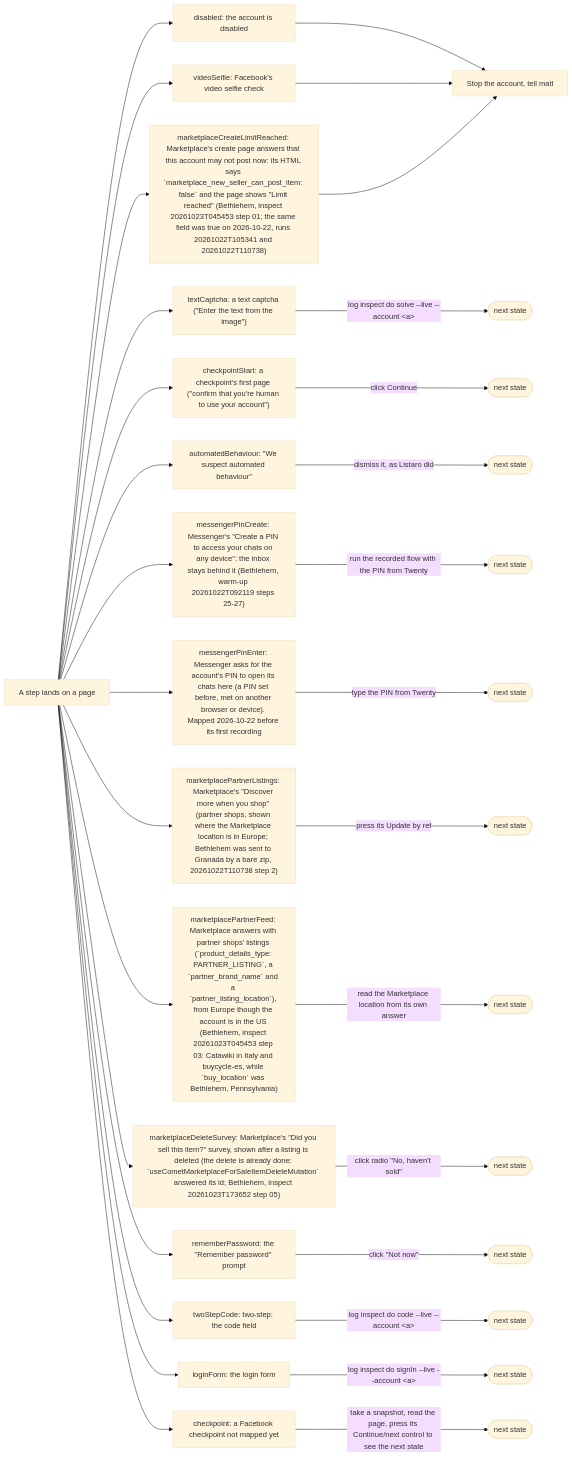
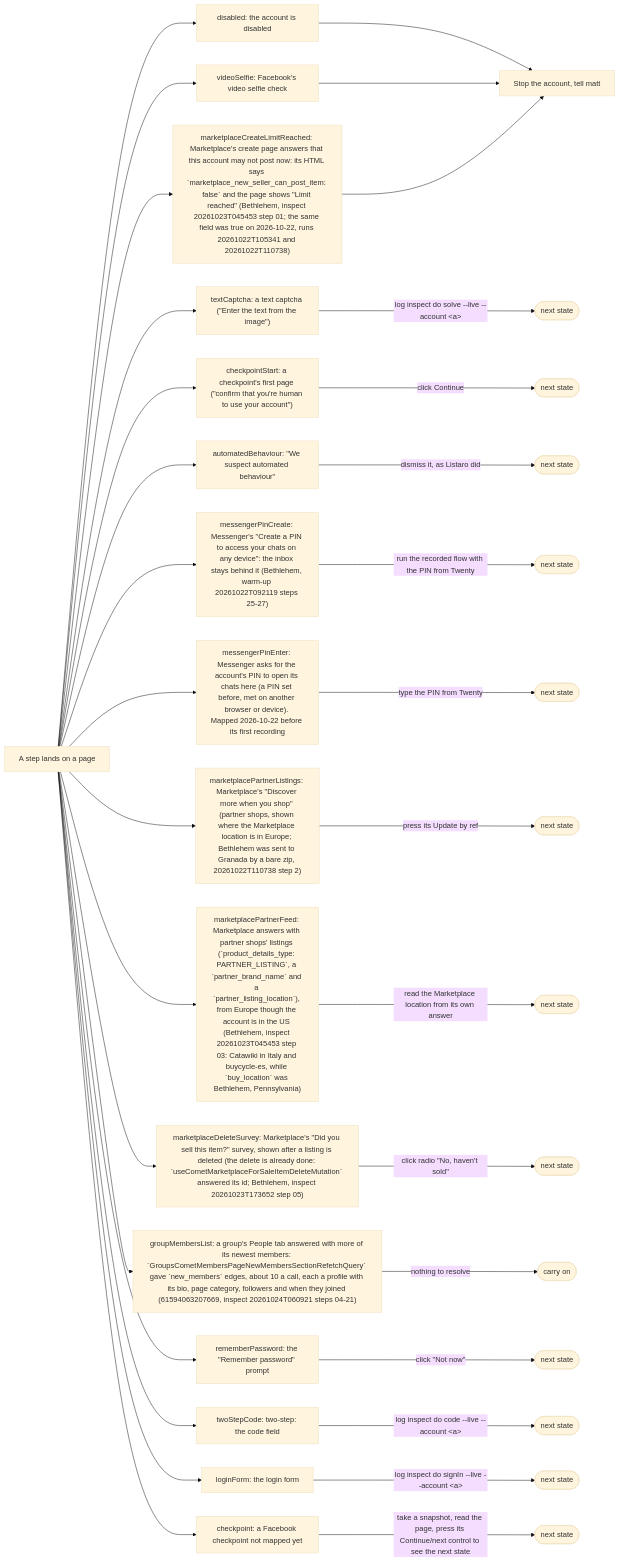
One commit to matthewdonsemail-lab/log changed the diagram in docs/diagrams/pageStates.mmd. Above: the diagram before and after it, drawn with Mermaid (base theme). The commit also changed 53 other files, not shown here.

Commit message:
feat(read): log facebook read members, the group's newest members from its People tab (rule 77)

```diff
--- a/docs/diagrams/pageStates.mmd
+++ b/docs/diagrams/pageStates.mmd
@@ -1,50 +1,53 @@
 %% Known page states (rule 54). From `PAGE_STATES` (`src/browser/flow/helpers/pageState.ts`), first match wins. The hooks report each with its resolver; only a person's state stops the account.
 %% Written by `bun run docs:build` from the code (rule 56). Not edited by hand.
 flowchart LR
   page["A step lands on a page"]
   person["Stop the account, tell matt"]
   disabled["disabled: the account is disabled"]
   page --> disabled
   disabled --> person
   videoSelfie["videoSelfie: Facebook's video selfie check"]
   page --> videoSelfie
   videoSelfie --> person
   textCaptcha["textCaptcha: a text captcha (#quot;Enter the text from the image#quot;)"]
   page --> textCaptcha
   textCaptcha -->|"log inspect do solve --live --account #lt;a#gt;"| nexttextCaptcha(["next state"])
   checkpointStart["checkpointStart: a checkpoint's first page (#quot;confirm that you're human to use your account#quot;)"]
   page --> checkpointStart
   checkpointStart -->|"click Continue"| nextcheckpointStart(["next state"])
   automatedBehaviour["automatedBehaviour: #quot;We suspect automated behaviour#quot;"]
   page --> automatedBehaviour
   automatedBehaviour -->|"dismiss it, as Listaro did"| nextautomatedBehaviour(["next state"])
   messengerPinCreate["messengerPinCreate: Messenger's #quot;Create a PIN to access your chats on any device#quot;: the inbox stays behind it (Bethlehem, warm-up 20261022T092119 steps 25-27)"]
   page --> messengerPinCreate
   messengerPinCreate -->|"run the recorded flow with the PIN from Twenty"| nextmessengerPinCreate(["next state"])
   messengerPinEnter["messengerPinEnter: Messenger asks for the account's PIN to open its chats here (a PIN set before, met on another browser or device). Mapped 2026-10-22 before its first recording"]
   page --> messengerPinEnter
   messengerPinEnter -->|"type the PIN from Twenty"| nextmessengerPinEnter(["next state"])
   marketplacePartnerListings["marketplacePartnerListings: Marketplace's #quot;Discover more when you shop#quot; (partner shops, shown where the Marketplace location is in Europe#59; Bethlehem was sent to Granada by a bare zip, 20261022T110738 step 2)"]
   page --> marketplacePartnerListings
   marketplacePartnerListings -->|"press its Update by ref"| nextmarketplacePartnerListings(["next state"])
   marketplaceCreateLimitReached["marketplaceCreateLimitReached: Marketplace's create page answers that this account may not post now: its HTML says `marketplace_new_seller_can_post_item: false` and the page shows #quot;Limit reached#quot; (Bethlehem, inspect 20261023T045453 step 01#59; the same field was true on 2026-10-22, runs 20261022T105341 and 20261022T110738)"]
   page --> marketplaceCreateLimitReached
   marketplaceCreateLimitReached --> person
   marketplacePartnerFeed["marketplacePartnerFeed: Marketplace answers with partner shops' listings (`product_details_type: PARTNER_LISTING`, a `partner_brand_name` and a `partner_listing_location`), from Europe though the account is in the US (Bethlehem, inspect 20261023T045453 step 03: Catawiki in Italy and buycycle-es, while `buy_location` was Bethlehem, Pennsylvania)"]
   page --> marketplacePartnerFeed
   marketplacePartnerFeed -->|"read the Marketplace location from its own answer"| nextmarketplacePartnerFeed(["next state"])
   marketplaceDeleteSurvey["marketplaceDeleteSurvey: Marketplace's #quot;Did you sell this item?#quot; survey, shown after a listing is deleted (the delete is already done: `useCometMarketplaceForSaleItemDeleteMutation` answered its id#59; Bethlehem, inspect 20261023T173652 step 05)"]
   page --> marketplaceDeleteSurvey
   marketplaceDeleteSurvey -->|"click radio #quot;No, haven't sold#quot;"| nextmarketplaceDeleteSurvey(["next state"])
+  groupMembersList["groupMembersList: a group's People tab answered with more of its newest members: `GroupsCometMembersPageNewMembersSectionRefetchQuery` gave `new_members` edges, about 10 a call, each a profile with its bio, page category, followers and when they joined (61594063207669, inspect 20261024T060921 steps 04-21)"]
+  page --> groupMembersList
+  groupMembersList -->|"nothing to resolve"| nextgroupMembersList(["carry on"])
   rememberPassword["rememberPassword: the #quot;Remember password#quot; prompt"]
   page --> rememberPassword
   rememberPassword -->|"click #quot;Not now#quot;"| nextrememberPassword(["next state"])
   twoStepCode["twoStepCode: two-step: the code field"]
   page --> twoStepCode
   twoStepCode -->|"log inspect do code --live --account #lt;a#gt;"| nexttwoStepCode(["next state"])
   loginForm["loginForm: the login form"]
   page --> loginForm
   loginForm -->|"log inspect do signIn --live --account #lt;a#gt;"| nextloginForm(["next state"])
   checkpoint["checkpoint: a Facebook checkpoint not mapped yet"]
   page --> checkpoint
   checkpoint -->|"take a snapshot, read the page, press its Continue/next control to see the next state"| nextcheckpoint(["next state"])
```
